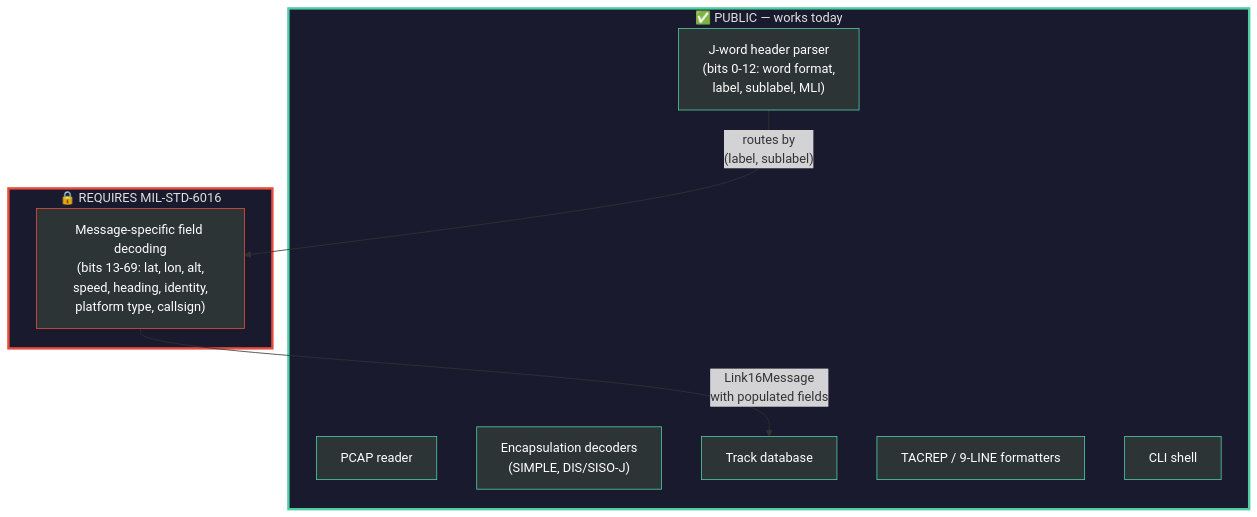
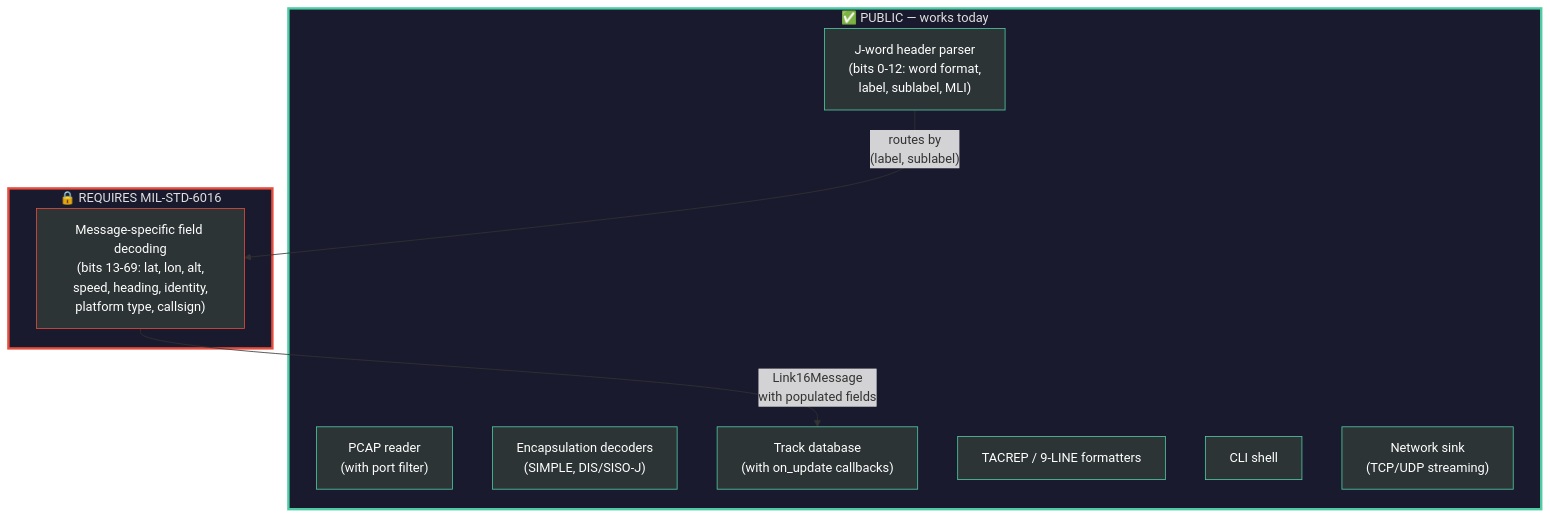
The fifth of 5 diagrams in ARCHITECTURE.md (tellerj/parser), drawn with Mermaid before and after one commit. The commit also changed other lines of this file and 30 other files, not shown here.

First line of the commit message:
Rename to link16-parser, add network streaming, port filter, and track lifecycle

````diff
--- a/ARCHITECTURE.md
+++ b/ARCHITECTURE.md
@@ -141,28 +208,30 @@
 ```mermaid
 flowchart TB
     subgraph public["✅ PUBLIC — works today"]
-        A["PCAP reader"]
+        A["PCAP reader<br/>(with port filter)"]
         B["Encapsulation decoders<br/>(SIMPLE, DIS/SISO-J)"]
         C["J-word header parser<br/>(bits 0-12: word format,<br/>label, sublabel, MLI)"]
-        D["Track database"]
+        D["Track database<br/>(with on_update callbacks)"]
         E["TACREP / 9-LINE formatters"]
         F["CLI shell"]
+        H["Network sink<br/>(TCP/UDP streaming)"]
     end
 
     subgraph restricted["🔒 REQUIRES MIL-STD-6016"]
         G["Message-specific field decoding<br/>(bits 13-69: lat, lon, alt,<br/>speed, heading, identity,<br/>platform type, callsign)"]
     end
 
     C -->|"routes by<br/>(label, sublabel)"| G
     G -->|"Link16Message<br/>with populated fields"| D
 
     style public fill:#1a1a2e,stroke:#4ecca3,stroke-width:3px,color:#e0e0e0
     style restricted fill:#1a1a2e,stroke:#e74c3c,stroke-width:3px,color:#e0e0e0
     style A fill:#2d3436,stroke:#4ecca3,color:#fff
     style B fill:#2d3436,stroke:#4ecca3,color:#fff
     style C fill:#2d3436,stroke:#4ecca3,color:#fff
     style D fill:#2d3436,stroke:#4ecca3,color:#fff
     style E fill:#2d3436,stroke:#4ecca3,color:#fff
     style F fill:#2d3436,stroke:#4ecca3,color:#fff
+    style H fill:#2d3436,stroke:#4ecca3,color:#fff
     style G fill:#2d3436,stroke:#e74c3c,color:#fff
 ```
````
